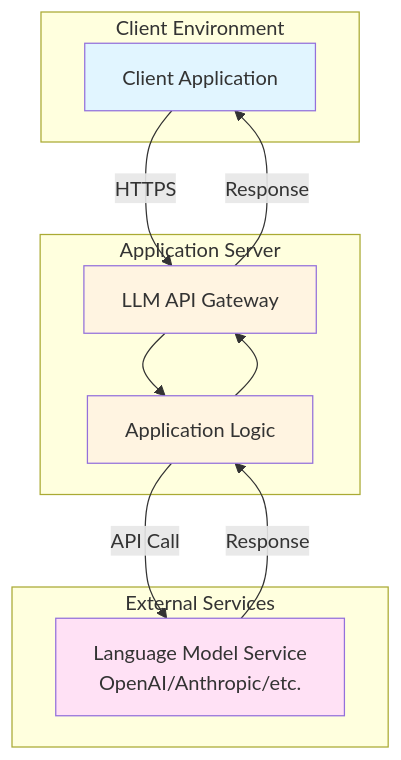
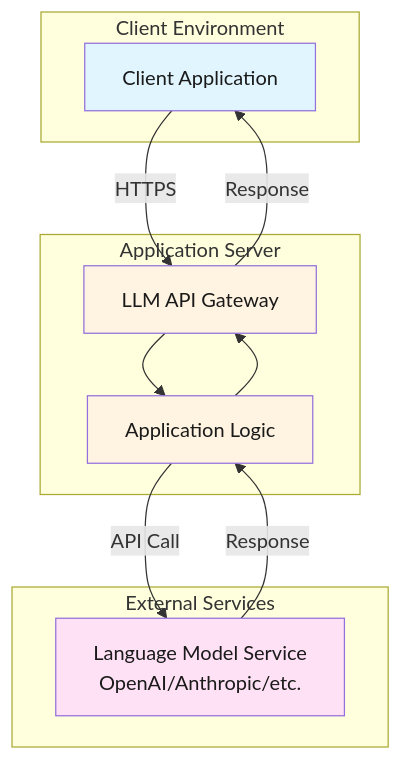
Before and after one commit to GenAI-Security-Project/GenAI-Red-Team-Lab: the first of 2 diagrams in sandboxes/llm_memory_local/README.md, drawn with Mermaid. The commit also changed other lines of this file and 2 other files, not shown here.

First line of the commit message:
Fix Mermaid diagram contrast for dark mode; format imports

````diff
--- a/sandboxes/llm_memory_local/README.md
+++ b/sandboxes/llm_memory_local/README.md
@@ -24,27 +24,27 @@
 ```mermaid
 graph TB
     subgraph "Client Environment"
         Client[Client Application]
     end
     
     subgraph "Application Server"
         API[LLM API Gateway]
         AppLogic[Application Logic]
     end
     
     subgraph "External Services"
         LLM[Language Model Service<br/>OpenAI/Anthropic/etc.]
     end
     
     Client -->|HTTPS| API
     API --> AppLogic
     AppLogic -->|API Call| LLM
     LLM -->|Response| AppLogic
     AppLogic --> API
     API -->|Response| Client
     
-    style Client fill:#e1f5ff
-    style API fill:#fff4e1
-    style AppLogic fill:#fff4e1
-    style LLM fill:#ffe1f5
+    style Client fill:#e1f5ff,color:#1a1a1a
+    style API fill:#fff4e1,color:#1a1a1a
+    style AppLogic fill:#fff4e1,color:#1a1a1a
+    style LLM fill:#ffe1f5,color:#1a1a1a
 ```
````
